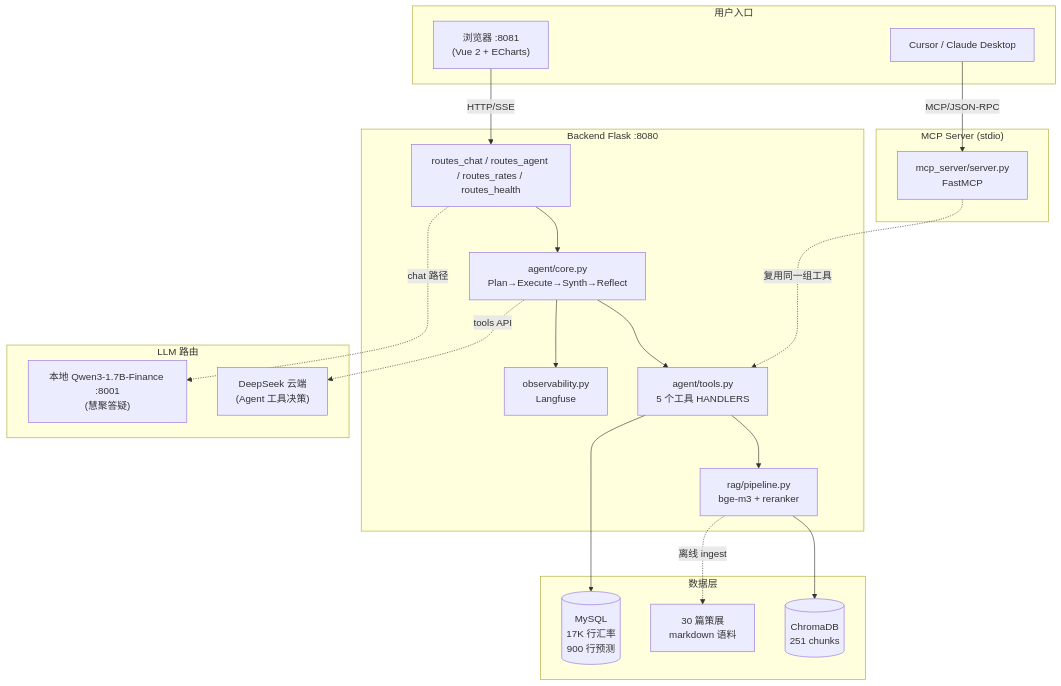
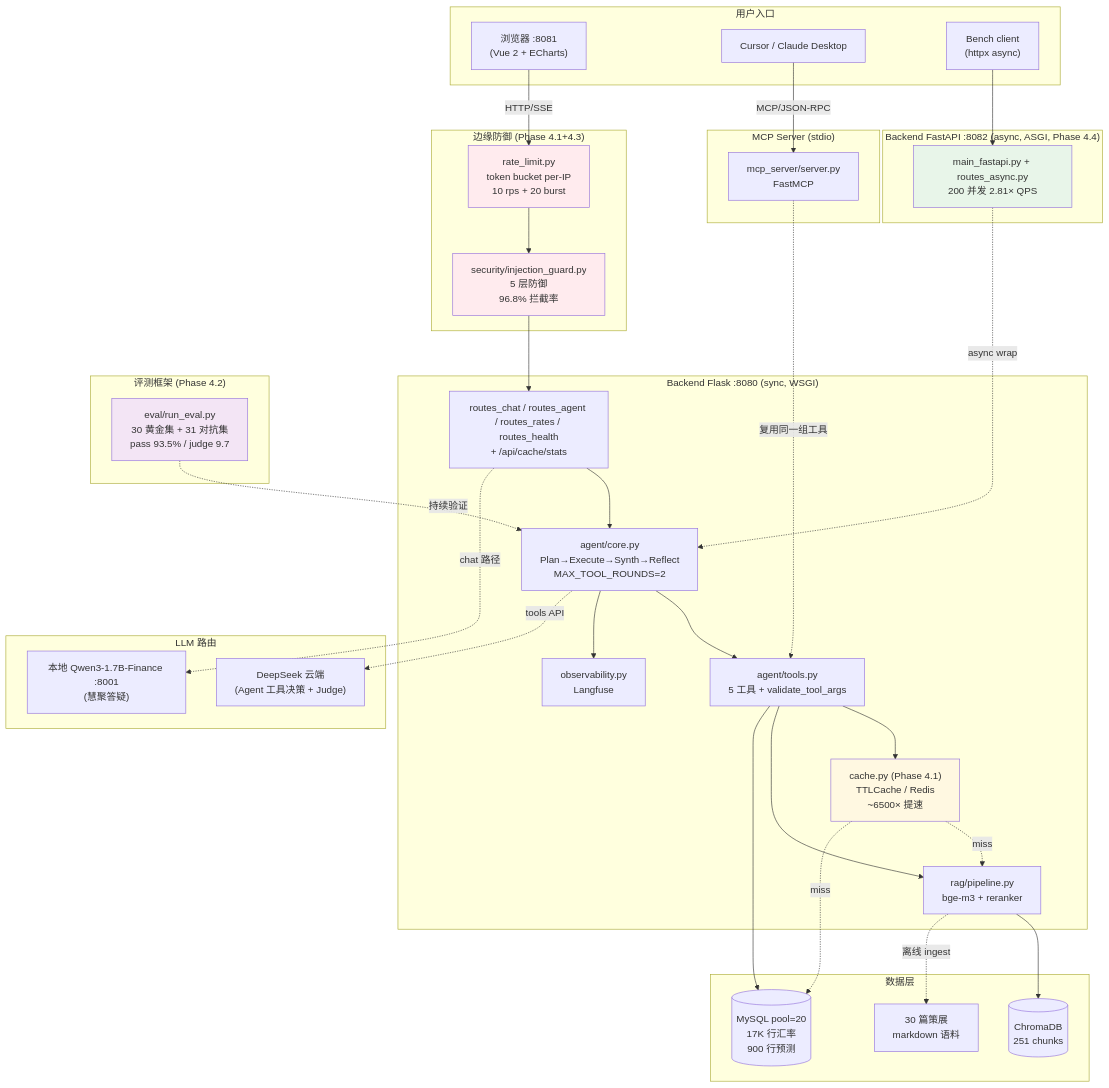
Before and after one commit to xzzzzc217/compass-fx-pulse: the first of 2 diagrams in README.md, drawn with Mermaid. The commit also changed other lines of this file and 5 other files, not shown here.

First line of the commit message:
docs: backend foundation primer + missing 面经题 + Phase 4 in架构图

````diff
--- a/README.md
+++ b/README.md
@@ -29,43 +31,72 @@
 ```mermaid
 graph TB
     subgraph "用户入口"
         Browser["浏览器 :8081<br/>(Vue 2 + ECharts)"]
         IDE["Cursor / Claude Desktop"]
+        BenchClient["Bench client<br/>(httpx async)"]
     end
 
-    subgraph "Backend Flask :8080"
-        Routes["routes_chat / routes_agent / routes_rates / routes_health"]
-        Agent["agent/core.py<br/>Plan→Execute→Synth→Reflect"]
-        Tools["agent/tools.py<br/>5 个工具 HANDLERS"]
+    subgraph "边缘防御 (Phase 4.1+4.3)"
+        RateLimit["rate_limit.py<br/>token bucket per-IP<br/>10 rps + 20 burst"]
+        Guard["security/injection_guard.py<br/>5 层防御<br/>96.8% 拦截率"]
+    end
+
+    subgraph "Backend Flask :8080 (sync, WSGI)"
+        Routes["routes_chat / routes_agent / routes_rates / routes_health<br/>+ /api/cache/stats"]
+        Agent["agent/core.py<br/>Plan→Execute→Synth→Reflect<br/>MAX_TOOL_ROUNDS=2"]
+        Tools["agent/tools.py<br/>5 工具 + validate_tool_args"]
+        Cache["cache.py (Phase 4.1)<br/>TTLCache / Redis<br/>~6500× 提速"]
         RAG["rag/pipeline.py<br/>bge-m3 + reranker"]
         Obs["observability.py<br/>Langfuse"]
+    end
+
+    subgraph "Backend FastAPI :8082 (async, ASGI, Phase 4.4)"
+        FA["main_fastapi.py + routes_async.py<br/>200 并发 2.81× QPS"]
+    end
+
+    subgraph "评测框架 (Phase 4.2)"
+        Eval["eval/run_eval.py<br/>30 黄金集 + 31 对抗集<br/>pass 93.5% / judge 9.7"]
     end
 
     subgraph "MCP Server (stdio)"
         MCP["mcp_server/server.py<br/>FastMCP"]
     end
 
     subgraph "LLM 路由"
-        DeepSeek["DeepSeek 云端<br/>(Agent 工具决策)"]
+        DeepSeek["DeepSeek 云端<br/>(Agent 工具决策 + Judge)"]
         LocalLoRA["本地 Qwen3-1.7B-Finance :8001<br/>(慧聚答疑)"]
     end
 
     subgraph "数据层"
-        MySQL[("MySQL<br/>17K 行汇率<br/>900 行预测")]
+        MySQL[("MySQL pool=20<br/>17K 行汇率<br/>900 行预测")]
         Chroma[("ChromaDB<br/>251 chunks")]
         Corpus["30 篇策展<br/>markdown 语料"]
     end
 
-    Browser -->|HTTP/SSE| Routes
+    Browser -->|HTTP/SSE| RateLimit
+    BenchClient --> FA
+    RateLimit --> Guard
+    Guard --> Routes
     IDE -->|MCP/JSON-RPC| MCP
     Routes --> Agent
+    FA -.async wrap.-> Agent
     Agent --> Tools
     Agent --> Obs
+    Tools --> Cache
+    Cache -.miss.-> RAG
+    Cache -.miss.-> MySQL
     Tools --> RAG
     Tools --> MySQL
     RAG --> Chroma
     RAG -.离线 ingest.-> Corpus
     Agent -.tools API.-> DeepSeek
     Routes -.chat 路径.-> LocalLoRA
     MCP -.复用同一组工具.-> Tools
+    Eval -.持续验证.-> Agent
+
+    style Cache fill:#fff8e1
+    style Guard fill:#ffebee
+    style RateLimit fill:#ffebee
+    style FA fill:#e8f5e9
+    style Eval fill:#f3e5f5
 ```
````
